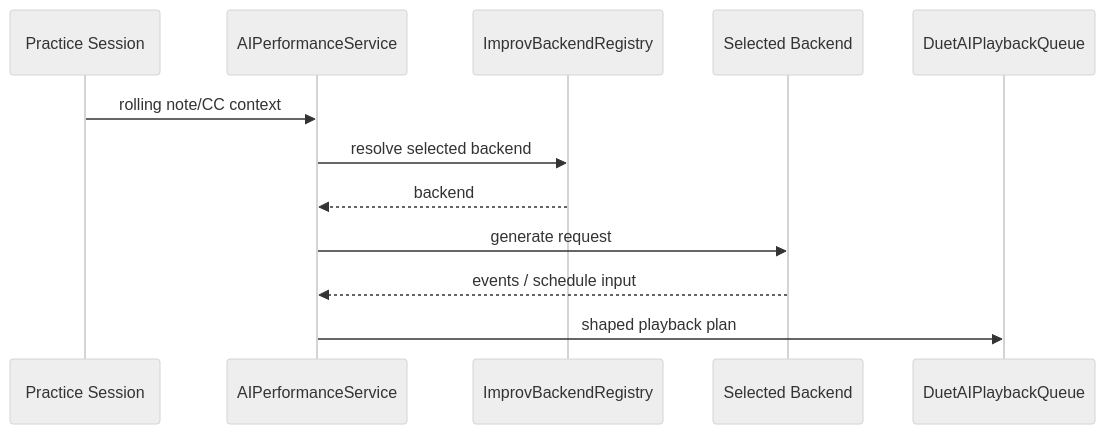
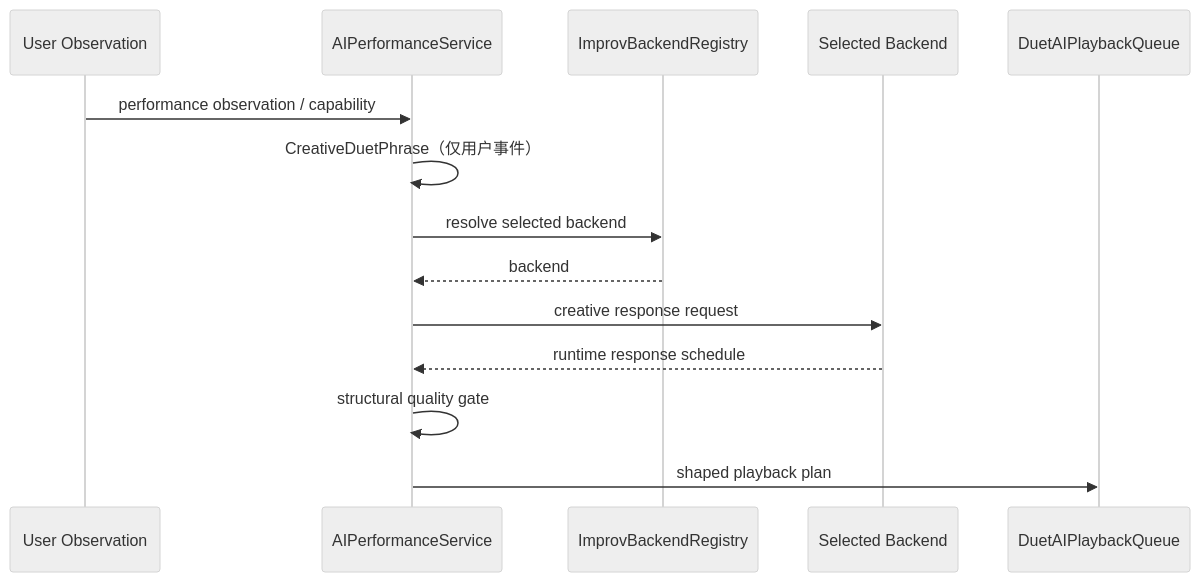
Before and after one commit to chiimagnus/Amoroso: the fourth of 4 diagrams in docs/data-flow.md, drawn with Mermaid (neutral theme). The commit also changed other lines of this file and 4 other files, not shown here.

````diff
--- a/docs/data-flow.md
+++ b/docs/data-flow.md
@@ -281,15 +281,17 @@
 ```mermaid
 sequenceDiagram
-  participant Session as Practice Session
+  participant Input as User Observation
   participant Service as AIPerformanceService
   participant Registry as ImprovBackendRegistry
   participant Backend as Selected Backend
   participant Queue as DuetAIPlaybackQueue
 
-  Session->>Service: rolling note/CC context
+  Input->>Service: performance observation / capability
+  Service->>Service: CreativeDuetPhrase（仅用户事件）
   Service->>Registry: resolve selected backend
   Registry-->>Service: backend
-  Service->>Backend: generate request
-  Backend-->>Service: events / schedule input
+  Service->>Backend: creative response request
+  Backend-->>Service: runtime response schedule
+  Service->>Service: structural quality gate
   Service->>Queue: shaped playback plan
 ```
````
